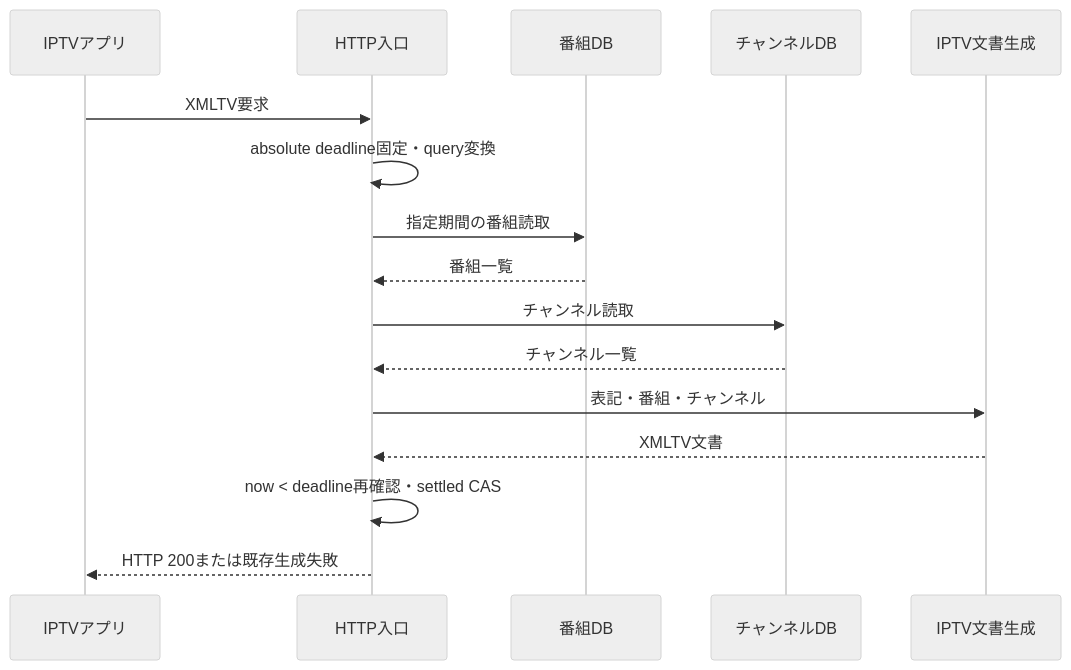
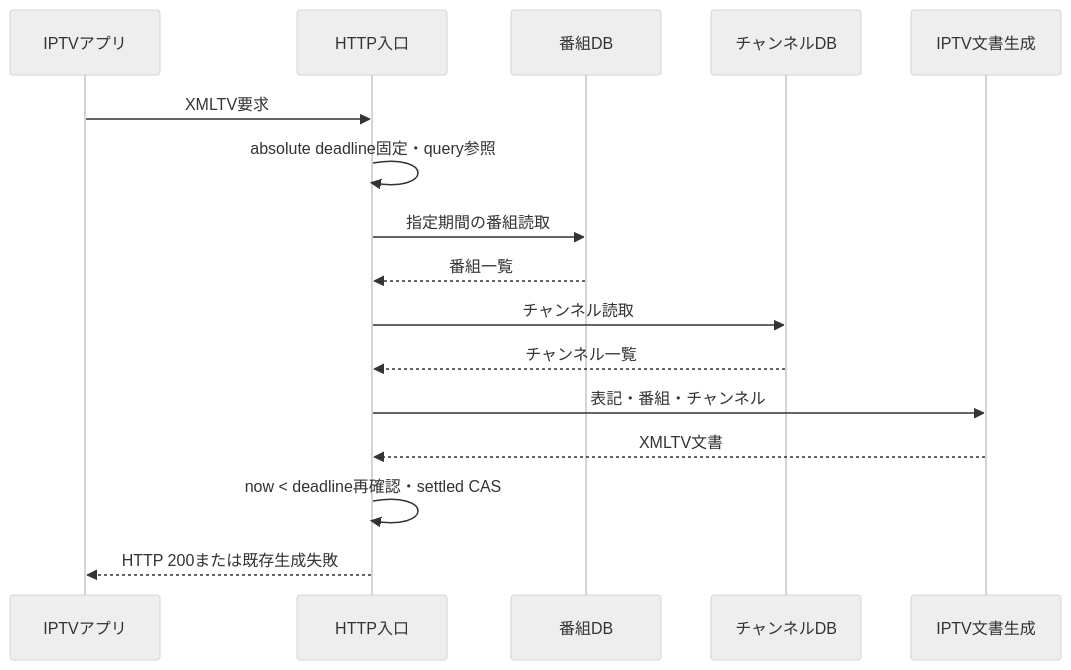
The fourth of 4 diagrams in .kiro/specs/server-iptv-export/design.md (l3tnun/EPGStation), drawn with Mermaid (neutral theme) before and after one commit. The commit also changed other lines of this file and 39 other files, not shown here.

````diff
--- a/.kiro/specs/server-iptv-export/design.md
+++ b/.kiro/specs/server-iptv-export/design.md
@@ -335,19 +336,19 @@
 ```mermaid
 sequenceDiagram
     participant C as IPTVアプリ
     participant H as HTTP入口
     participant P as 番組DB
     participant D as チャンネルDB
     participant M as IPTV文書生成
 
     C->>H: XMLTV要求
-    H->>H: absolute deadline固定・query変換
+    H->>H: absolute deadline固定・query参照
     H->>P: 指定期間の番組読取
     P-->>H: 番組一覧
     H->>D: チャンネル読取
     D-->>H: チャンネル一覧
     H->>M: 表記・番組・チャンネル
     M-->>H: XMLTV文書
     H->>H: now < deadline再確認・settled CAS
     H-->>C: HTTP 200または既存生成失敗
 ```
````
